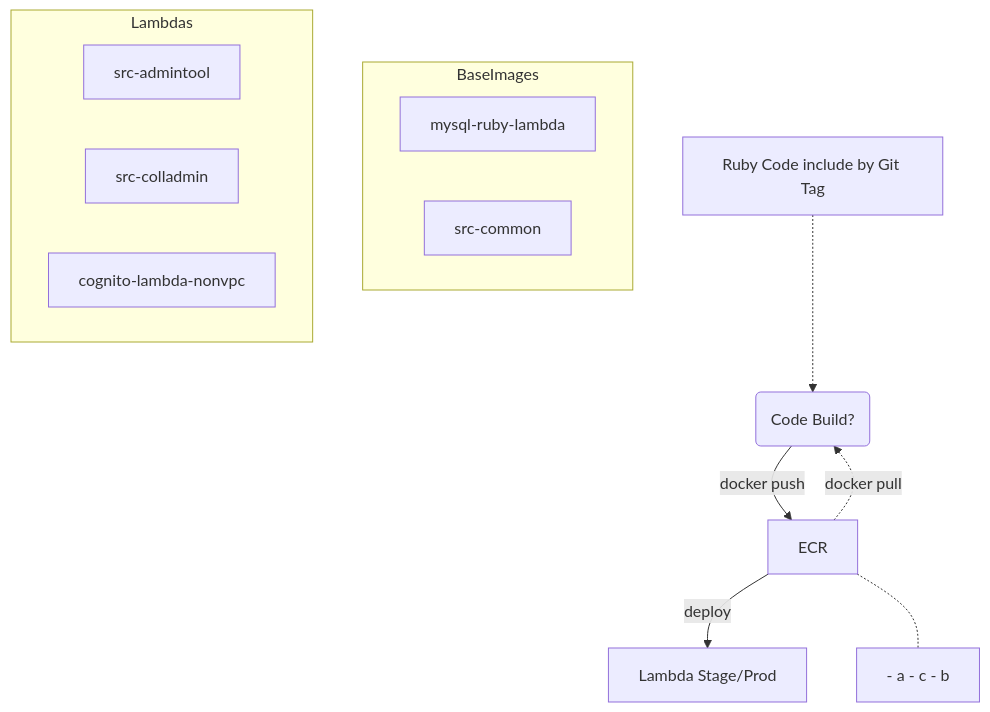
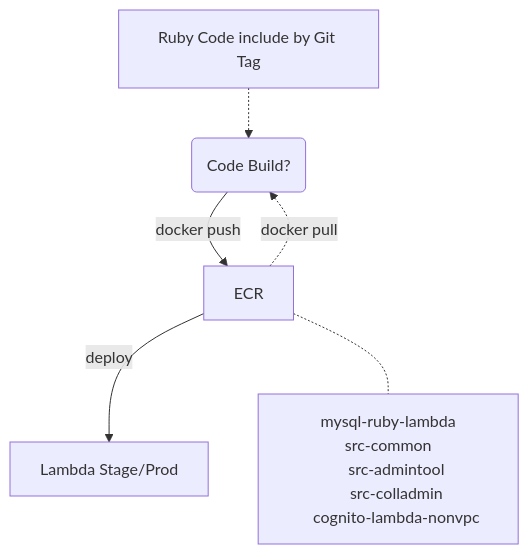
Before and after one commit to CDLUC3/mrt-doc: the ninth of 13 diagrams in design/aws-build/README.md, drawn with Mermaid.

````diff
--- a/design/aws-build/README.md
+++ b/design/aws-build/README.md
@@ -226,25 +226,19 @@
 ```mermaid
 graph TD
   Build(Code Build?)
   Build --> |docker push| ECR
   ECR --> |deploy| Lambda
   ECR -.-> |docker pull| Build
   Lambda[Lambda Stage/Prod]
   Gems[Ruby Code include by Git Tag]
   Gems -.-> Build
   ECR -.- Images
   Images["`
-    - a
-    - c
-    - b
-  `"]
-  subgraph BaseImages
     mysql-ruby-lambda
     src-common
-  end
-  subgraph Lambdas
+
     src-admintool
     src-colladmin
     cognito-lambda-nonvpc
-  end
+  `"]
 ```
````
